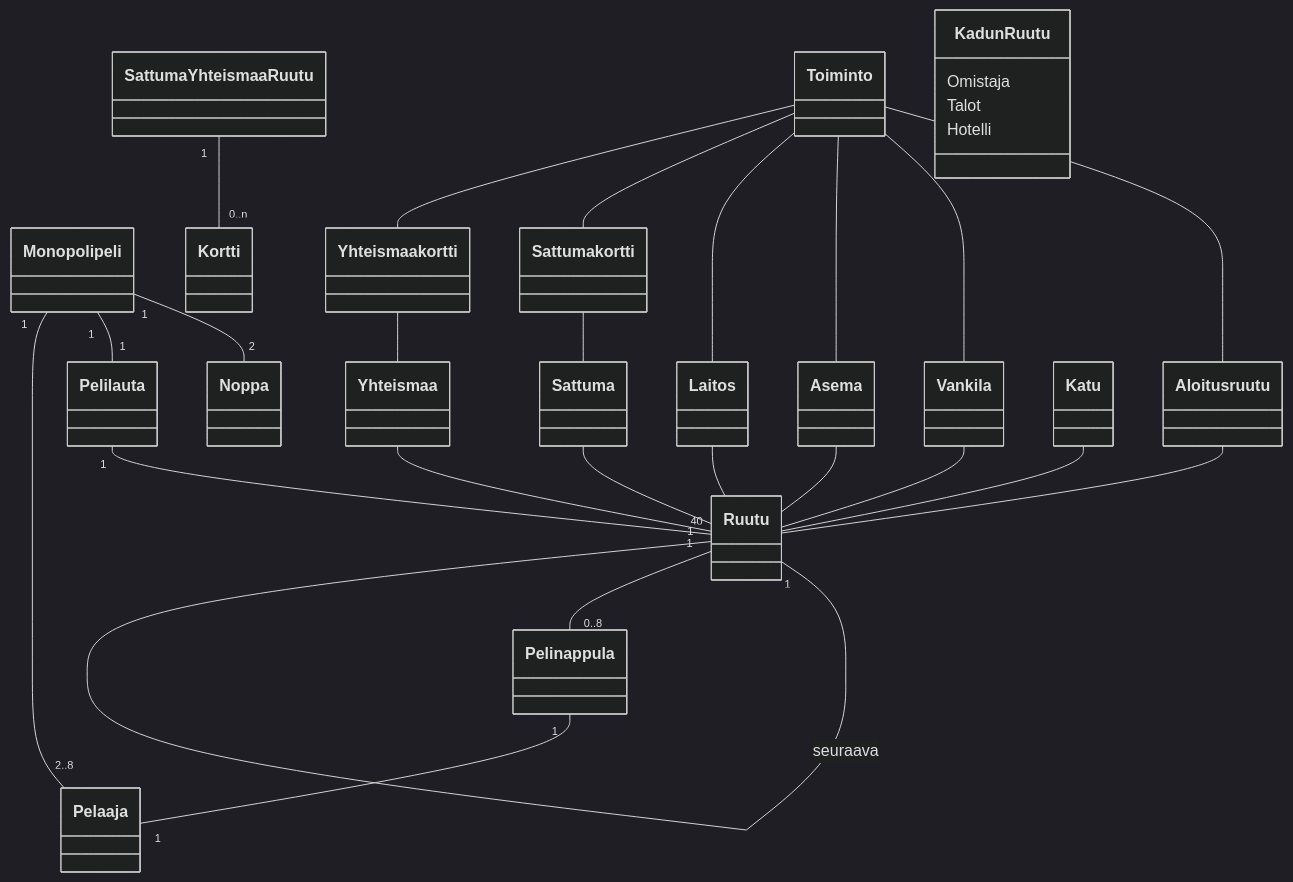
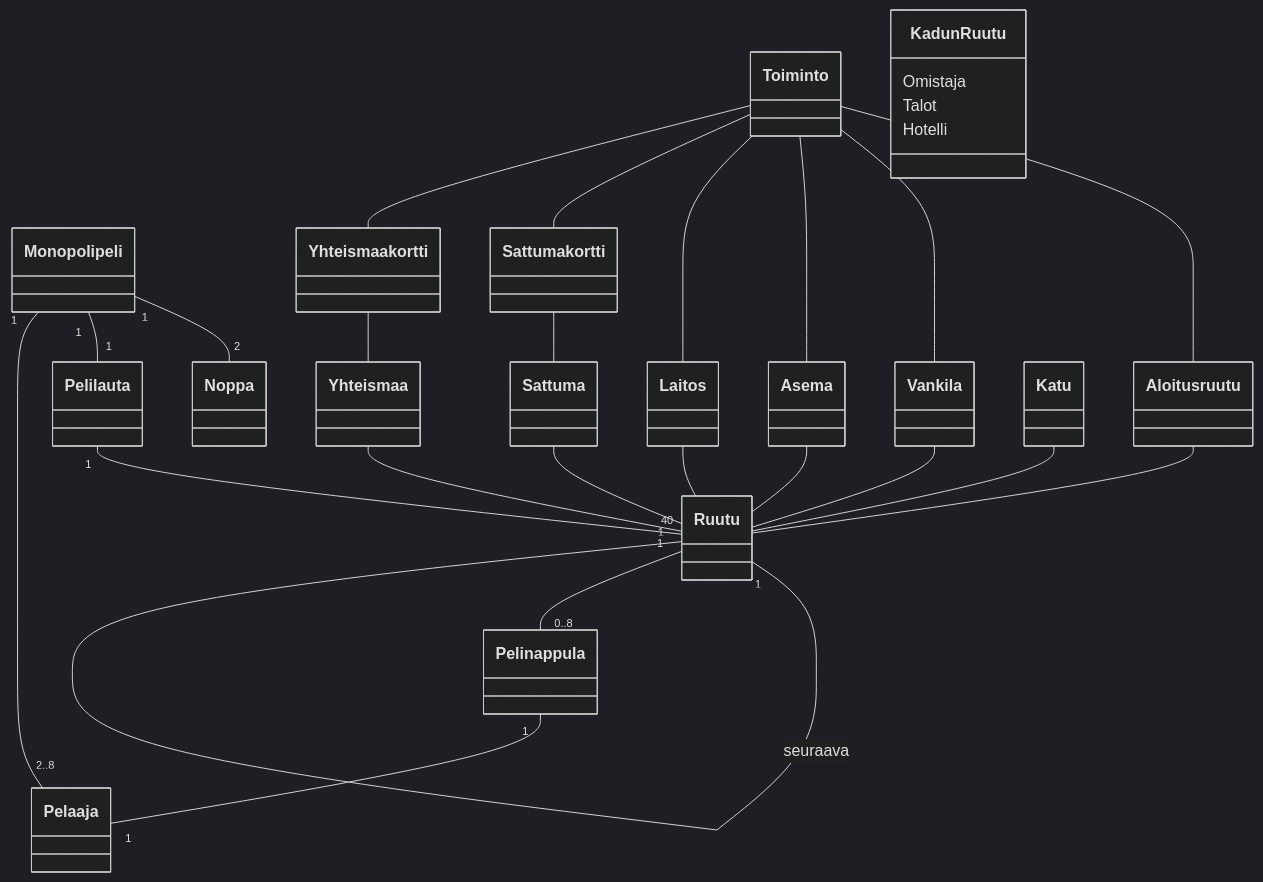
One commit to hannat1/ot-harjoitustyo changed the diagram in laskarit/viikko3/kaavio.md. Above: the diagram before and after it, drawn with Mermaid (dark theme).

````diff
--- a/laskarit/viikko3/kaavio.md
+++ b/laskarit/viikko3/kaavio.md
@@ -3,30 +3,29 @@
 ```mermaid
  classDiagram
     Monopolipeli "1" -- "2" Noppa
     Monopolipeli "1" -- "1" Pelilauta
     Pelilauta "1" -- "40" Ruutu
     Ruutu "1" -- "1" Ruutu : seuraava
     Ruutu "1" -- "0..8" Pelinappula
     Pelinappula "1" -- "1" Pelaaja
     Pelaaja "2..8" -- "1" Monopolipeli
-    SattumaYhteismaaRuutu "1" -- "0..n" Kortti
     Aloitusruutu -- Ruutu
     Vankila -- Ruutu
     Sattuma -- Ruutu
     Yhteismaa -- Ruutu
     Asema -- Ruutu
     Laitos -- Ruutu
     Katu -- Ruutu
     Sattumakortti -- Sattuma
     Yhteismaakortti -- Yhteismaa
     Toiminto -- Aloitusruutu
     Toiminto -- Vankila
     Toiminto -- Asema
     Toiminto -- Laitos
     Toiminto -- Sattumakortti
     Toiminto -- Yhteismaakortti
 
     KadunRuutu : Omistaja
     KadunRuutu : Talot
     KadunRuutu : Hotelli
 ```
````
